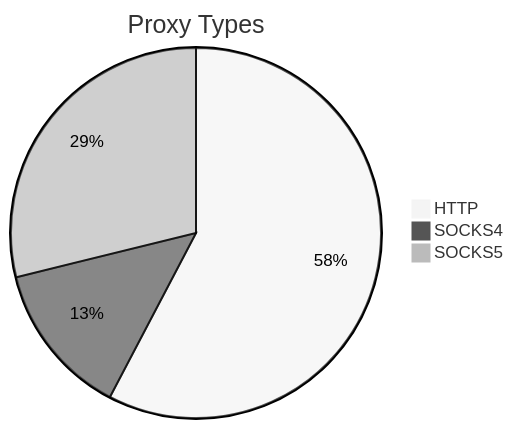
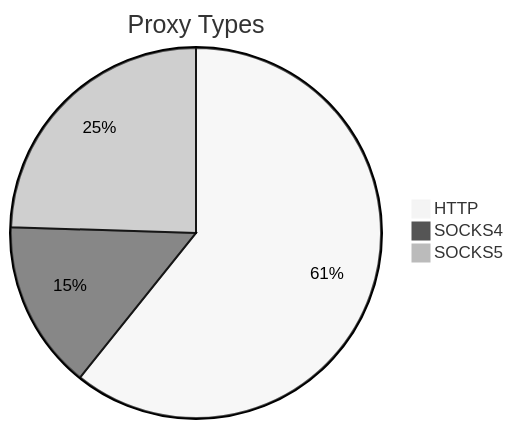
One commit to stormsia/proxy-list changed the first of 2 diagrams in README.md. Above: the diagram before and after it, drawn with Mermaid (neutral theme). The commit also changed other lines of this file, not shown here.

````diff
--- a/README.md
+++ b/README.md
@@ -21,6 +21,6 @@
 ```mermaid
 pie title Proxy Types
-    "HTTP" : 270
-    "SOCKS4" : 63
-    "SOCKS5" : 135
+    "HTTP" : 429
+    "SOCKS4" : 104
+    "SOCKS5" : 173
 ```
````
